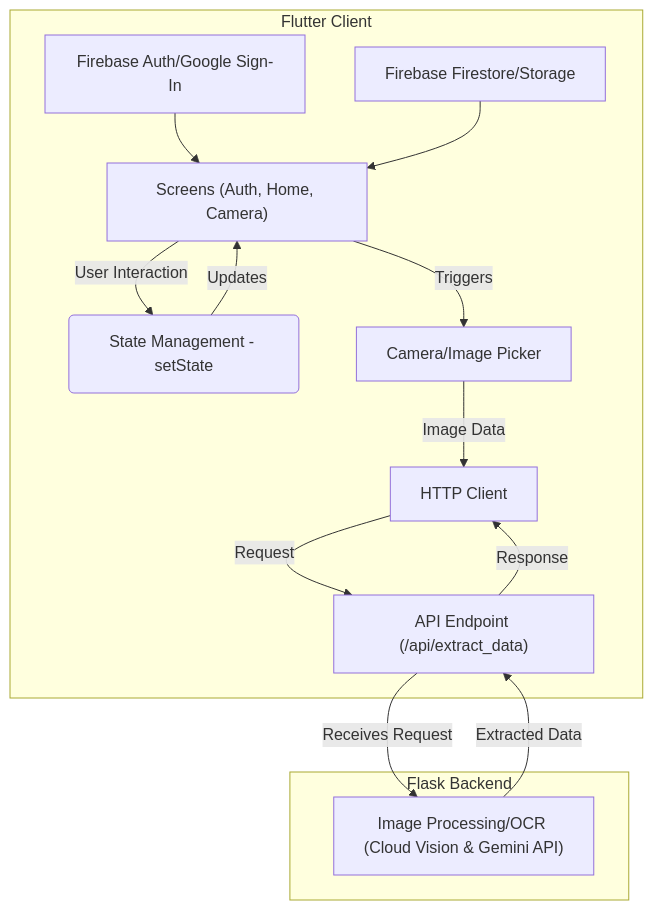
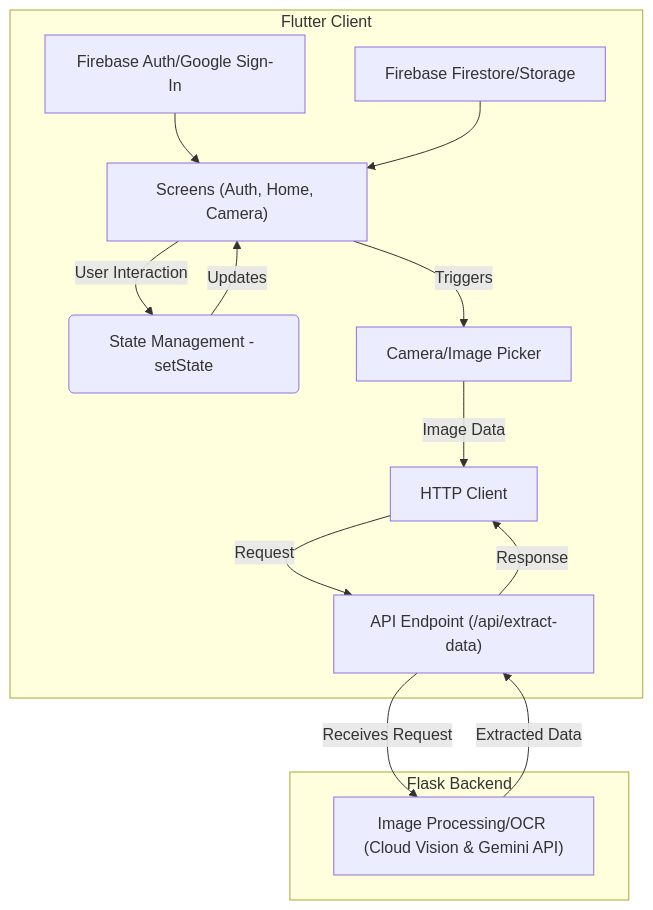
The diagram in README.md (anthonycoffey/flutter-labelscan), drawn with Mermaid before and after one commit. The commit also changed 1 other file, not shown here.

Commit message:
docs: fixing type

````diff
--- a/README.md
+++ b/README.md
@@ -91,19 +91,19 @@
 ```mermaid
 graph TD
     subgraph Flutter Client
         UI["Screens (Auth, Home, Camera)"] -- User Interaction --> SM(State Management - setState);
         UI -- Triggers --> Cam[Camera/Image Picker];
         SM -- Updates --> UI;
         Cam -- Image Data --> API_Client[HTTP Client];
         API_Client -- Request --> BE;
         Auth[Firebase Auth/Google Sign-In] --> UI;
         Store[Firebase Firestore/Storage] --> UI;
     end
 
     subgraph Flask Backend
-        BE["API Endpoint (/api/extract_data)"] -- Receives Request --> OCR["Image Processing/OCR (Cloud Vision & Gemini API)"];
+        BE["API Endpoint (/api/extract-data)"] -- Receives Request --> OCR["Image Processing/OCR (Cloud Vision & Gemini API)"];
         OCR -- Extracted Data --> BE;
     end
 
     BE -- Response --> API_Client;
 ```
````
